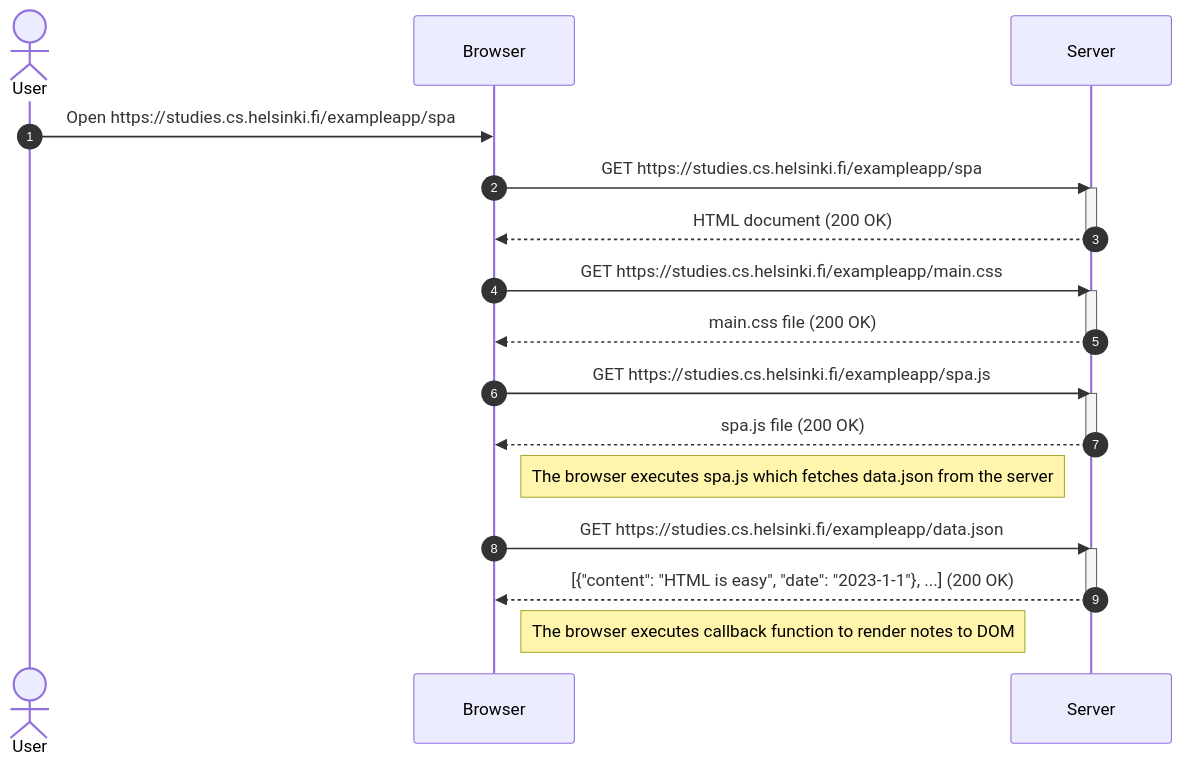
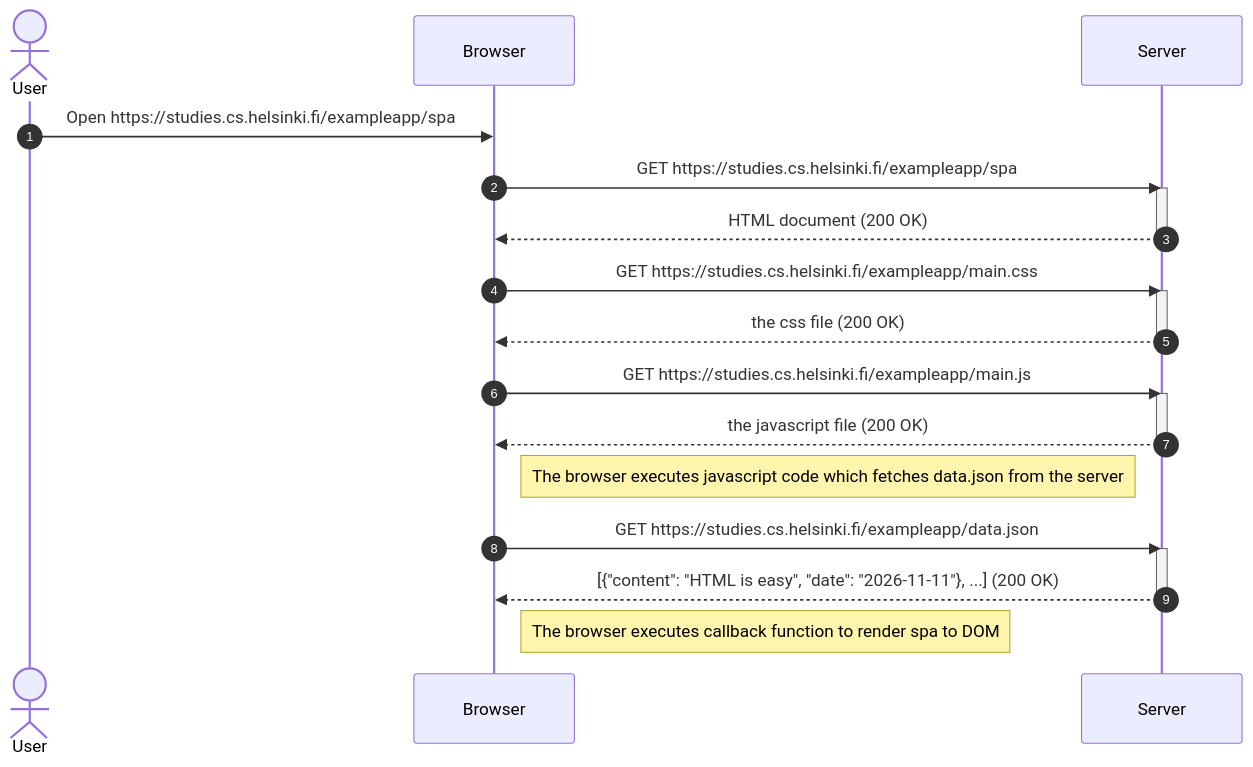
Before and after one commit to saturnarians/full-stack-open: the diagram in part0/single-page-diagram.mmd, drawn with Mermaid. The commit also changed 2 other files, not shown here.

Commit message:
refactor: update diagrams for clarity and consistency

```diff
--- a/part0/single-page-diagram.mmd
+++ b/part0/single-page-diagram.mmd
@@ -1,31 +1,30 @@
-%% 0.5: Single page app diagram
 sequenceDiagram
     autonumber
     actor User
     participant Browser
     participant Server
 
     User->>Browser: Open https://studies.cs.helsinki.fi/exampleapp/spa
     Browser->>Server: GET https://studies.cs.helsinki.fi/exampleapp/spa
     activate Server
     Server-->>Browser: HTML document (200 OK)
     deactivate Server
 
     Browser->>Server: GET https://studies.cs.helsinki.fi/exampleapp/main.css
     activate Server
-    Server-->>Browser: main.css file (200 OK)
+    Server-->>Browser: the css file (200 OK)
     deactivate Server
 
-    Browser->>Server: GET https://studies.cs.helsinki.fi/exampleapp/spa.js
+    Browser->>Server: GET https://studies.cs.helsinki.fi/exampleapp/main.js
     activate Server
-    Server-->>Browser: spa.js file (200 OK)
+    Server-->>Browser: the javascript file (200 OK)
     deactivate Server
 
-    Note right of Browser: The browser executes spa.js which fetches data.json from the server
+    Note right of Browser: The browser executes javascript code which fetches data.json from the server
 
     Browser->>Server: GET https://studies.cs.helsinki.fi/exampleapp/data.json
     activate Server
-    Server-->>Browser: [{"content": "HTML is easy", "date": "2023-1-1"}, ...] (200 OK)
+    Server-->>Browser: [{"content": "HTML is easy", "date": "2026-11-11"}, ...] (200 OK)
     deactivate Server
 
-    Note right of Browser: The browser executes callback function to render notes to DOM
+    Note right of Browser: The browser executes callback function to render spa to DOM
```
